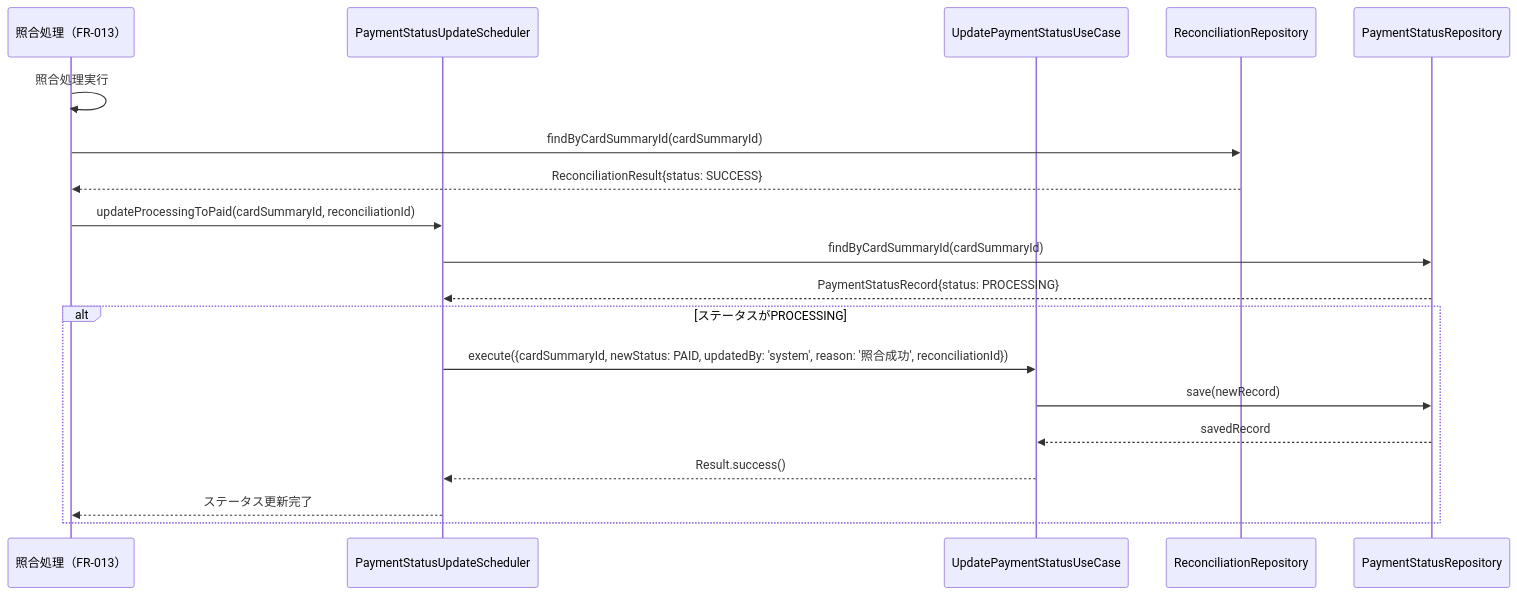
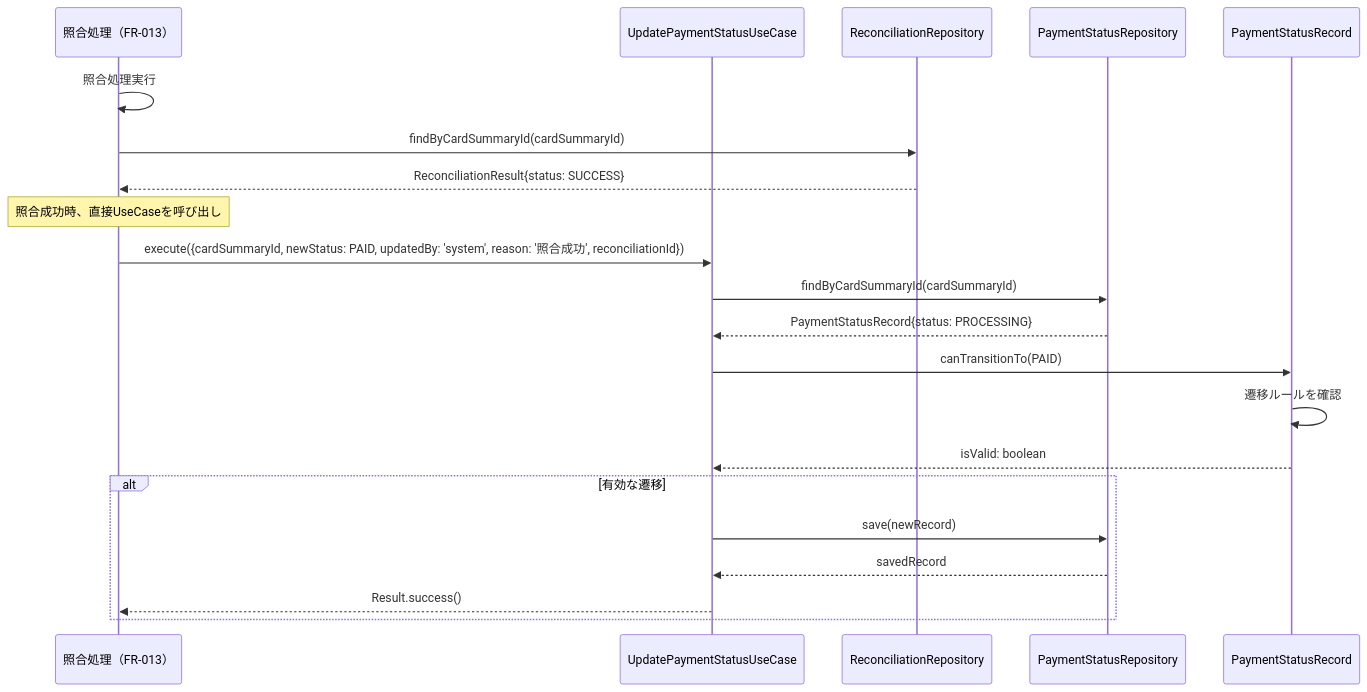
The fourth of 12 diagrams in docs/detailed-design/FR-014_payment-status-management/sequence-diagrams.md (kencom2400/account-book), drawn with Mermaid before and after one commit. The commit also changed other lines of this file and 3 other files, not shown here.

````diff
--- a/docs/detailed-design/FR-014_payment-status-management/sequence-diagrams.md
+++ b/docs/detailed-design/FR-014_payment-status-management/sequence-diagrams.md
@@ -264,27 +270,29 @@
 ```mermaid
 sequenceDiagram
     participant Recon as 照合処理（FR-013）
-    participant Scheduler as PaymentStatusUpdateScheduler
     participant UC as UpdatePaymentStatusUseCase
     participant ReconRepo as ReconciliationRepository
     participant StatusRepo as PaymentStatusRepository
+    participant Entity as PaymentStatusRecord
 
     Recon->>Recon: 照合処理実行
     Recon->>ReconRepo: findByCardSummaryId(cardSummaryId)
     ReconRepo-->>Recon: ReconciliationResult{status: SUCCESS}
 
-    Recon->>Scheduler: updateProcessingToPaid(cardSummaryId, reconciliationId)
+    Note over Recon: 照合成功時、直接UseCaseを呼び出し
 
-    Scheduler->>StatusRepo: findByCardSummaryId(cardSummaryId)
-    StatusRepo-->>Scheduler: PaymentStatusRecord{status: PROCESSING}
+    Recon->>UC: execute({cardSummaryId, newStatus: PAID, updatedBy: 'system', reason: '照合成功', reconciliationId})
 
-    alt ステータスがPROCESSING
-        Scheduler->>UC: execute({cardSummaryId, newStatus: PAID, updatedBy: 'system', reason: '照合成功', reconciliationId})
+    UC->>StatusRepo: findByCardSummaryId(cardSummaryId)
+    StatusRepo-->>UC: PaymentStatusRecord{status: PROCESSING}
 
+    UC->>Entity: canTransitionTo(PAID)
+    Entity->>Entity: 遷移ルールを確認
+    Entity-->>UC: isValid: boolean
+
+    alt 有効な遷移
         UC->>StatusRepo: save(newRecord)
         StatusRepo-->>UC: savedRecord
-
-        UC-->>Scheduler: Result.success()
-        Scheduler-->>Recon: ステータス更新完了
+        UC-->>Recon: Result.success()
     end
 ```
````
